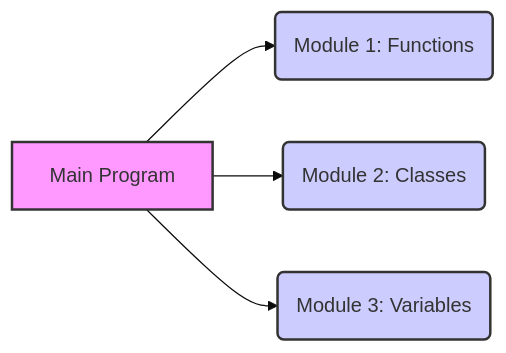
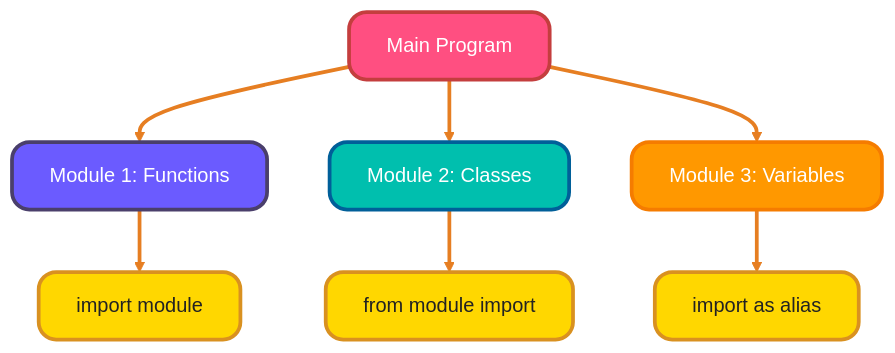
The first of 3 diagrams in _posts/python/2025-11-09-11.-python-modules-and-packages.md (infoyouth/infoyouth.github.io), drawn with Mermaid (base theme) before and after one commit. The commit also changed other lines of this file, not shown here.

````diff
--- a/_posts/python/2025-11-09-11.-python-modules-and-packages.md
+++ b/_posts/python/2025-11-09-11.-python-modules-and-packages.md
@@ -46,10 +51,18 @@
 ```mermaid
-graph LR
-A[Main Program] --> B(Module 1: Functions);
-A --> C(Module 2: Classes);
-A --> D(Module 3: Variables);
-style A fill:#f9f,stroke:#333,stroke-width:2px
-style B fill:#ccf,stroke:#333,stroke-width:2px
-style C fill:#ccf,stroke:#333,stroke-width:2px
-style D fill:#ccf,stroke:#333,stroke-width:2px
+graph TB
+    Main["Main Program"]:::pink --> Mod1["Module 1: Functions"]:::purple
+    Main --> Mod2["Module 2: Classes"]:::teal
+    Main --> Mod3["Module 3: Variables"]:::orange
+    
+    Mod1 --> Import1["import module"]:::gold
+    Mod2 --> Import2["from module import"]:::gold
+    Mod3 --> Import3["import as alias"]:::gold
+    
+    classDef pink fill:#ff4f81,stroke:#c43e3e,color:#fff,font-size:16px,stroke-width:3px,rx:14;
+    classDef purple fill:#6b5bff,stroke:#4a3f6b,color:#fff,font-size:16px,stroke-width:3px,rx:14;
+    classDef gold fill:#ffd700,stroke:#d99120,color:#222,font-size:16px,stroke-width:3px,rx:14;
+    classDef teal fill:#00bfae,stroke:#005f99,color:#fff,font-size:16px,stroke-width:3px,rx:14;
+    classDef orange fill:#ff9800,stroke:#f57c00,color:#fff,font-size:16px,stroke-width:3px,rx:14;
+    
+    linkStyle default stroke:#e67e22,stroke-width:3px;
 ```
````
